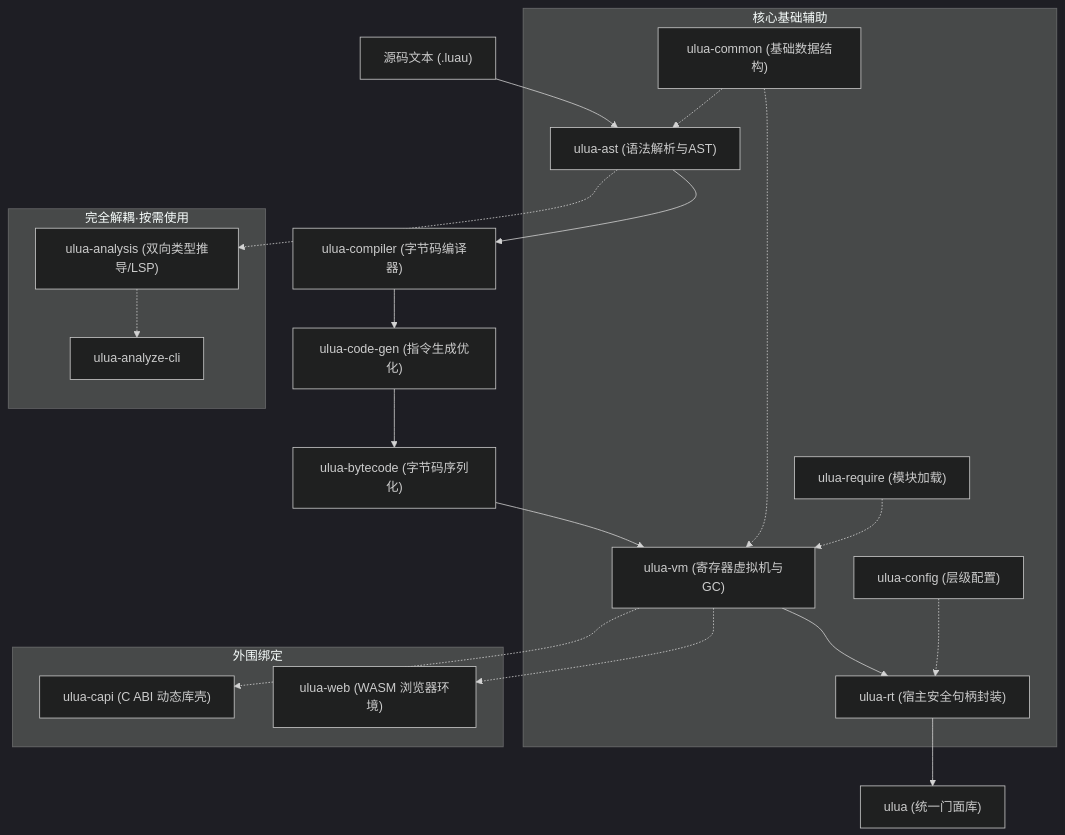
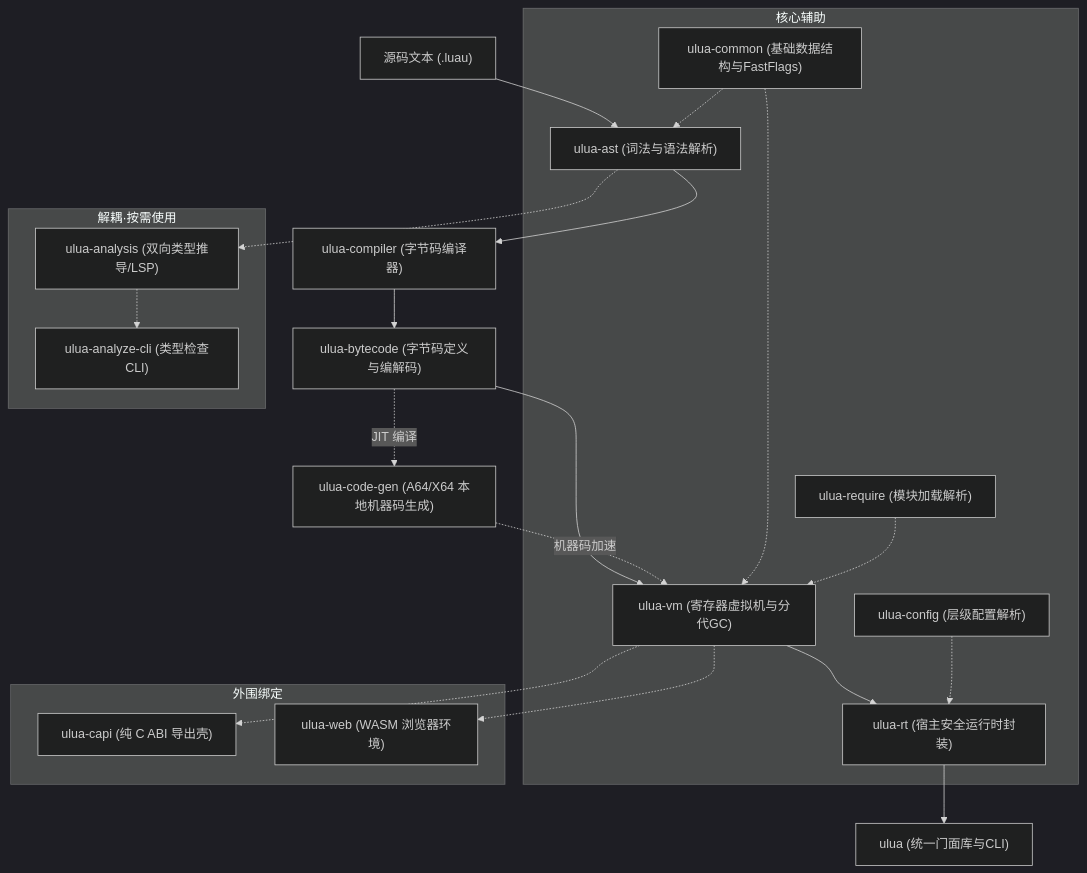
Before and after one commit to webc-site/ulua: the diagram in readme/zh.md, drawn with Mermaid (dark theme). The commit also changed other lines of this file and 2 other files, not shown here.

````diff
--- a/readme/zh.md
+++ b/readme/zh.md
@@ -387,27 +390,28 @@
 ```mermaid
 graph TD
-  Source["源码文本 (.luau)"] --> AST["ulua-ast (语法解析与AST)"]
+  Source["源码文本 (.luau)"] --> AST["ulua-ast (词法与语法解析)"]
   AST --> Compiler["ulua-compiler (字节码编译器)"]
-  Compiler --> CodeGen["ulua-code-gen (指令生成优化)"]
-  CodeGen --> Bytecode["ulua-bytecode (字节码序列化)"]
-  Bytecode --> VM["ulua-vm (寄存器虚拟机与GC)"]
-  VM --> RT["ulua-rt (宿主安全句柄封装)"]
-  RT --> Umbrella["ulua (统一门面库)"]
+  Compiler --> Bytecode["ulua-bytecode (字节码定义与编解码)"]
+  Bytecode --> VM["ulua-vm (寄存器虚拟机与分代GC)"]
+  Bytecode -. JIT 编译 .-> CodeGen["ulua-code-gen (A64/X64 本地机器码生成)"]
+  CodeGen -. 机器码加速 .-> VM
+  VM --> RT["ulua-rt (宿主安全运行时封装)"]
+  RT --> Umbrella["ulua (统一门面库与CLI)"]
 
-  subgraph 核心基础辅助
-    Common["ulua-common (基础数据结构)"] -.-> AST
+  subgraph 核心辅助
+    Common["ulua-common (基础数据结构与FastFlags)"] -.-> AST
     Common -.-> VM
-    Config["ulua-config (层级配置)"] -.-> RT
-    Require["ulua-require (模块加载)"] -.-> VM
+    Config["ulua-config (层级配置解析)"] -.-> RT
+    Require["ulua-require (模块加载解析)"] -.-> VM
   end
 
-  subgraph 外围分析与语言服务 [完全解耦·按需使用]
+  subgraph 外围分析与语言服务 [解耦·按需使用]
     AST -.-> Analysis["ulua-analysis (双向类型推导/LSP)"]
-    Analysis -.-> CLI_Analyze["ulua-analyze-cli"]
+    Analysis -.-> CLI_Analyze["ulua-analyze-cli (类型检查CLI)"]
   end
 
   subgraph 外围绑定
-    VM -.-> CAPI["ulua-capi (C ABI 动态库壳)"]
+    VM -.-> CAPI["ulua-capi (纯 C ABI 导出壳)"]
     VM -.-> Web["ulua-web (WASM 浏览器环境)"]
   end
 ```
````
